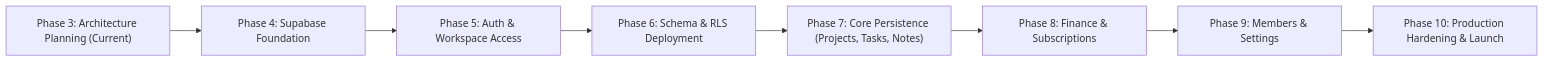
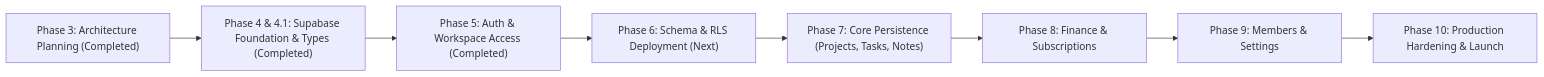
One commit to khairultajudin/khaispace changed the diagram in apps/hub/docs/architecture/MIGRATION-ROADMAP.md. Above: the diagram before and after it, drawn with Mermaid. The commit also changed other lines of this file and 13 other files, not shown here.

Commit message:
feat(hub): implement phase 5 authentication foundation

````diff
--- a/apps/hub/docs/architecture/MIGRATION-ROADMAP.md
+++ b/apps/hub/docs/architecture/MIGRATION-ROADMAP.md
@@ -20,10 +20,10 @@
 ```mermaid
 flowchart LR
-    P3["Phase 3: Architecture Planning (Current)"] --> P4["Phase 4: Supabase Foundation"]
-    P4 --> P5["Phase 5: Auth & Workspace Access"]
-    P5 --> P6["Phase 6: Schema & RLS Deployment"]
+    P3["Phase 3: Architecture Planning (Completed)"] --> P4["Phase 4 & 4.1: Supabase Foundation & Types (Completed)"]
+    P4 --> P5["Phase 5: Auth & Workspace Access (Completed)"]
+    P5 --> P6["Phase 6: Schema & RLS Deployment (Next)"]
     P6 --> P7["Phase 7: Core Persistence (Projects, Tasks, Notes)"]
     P7 --> P8["Phase 8: Finance & Subscriptions"]
     P8 --> P9["Phase 9: Members & Settings"]
     P9 --> P10["Phase 10: Production Hardening & Launch"]
 ```
````
